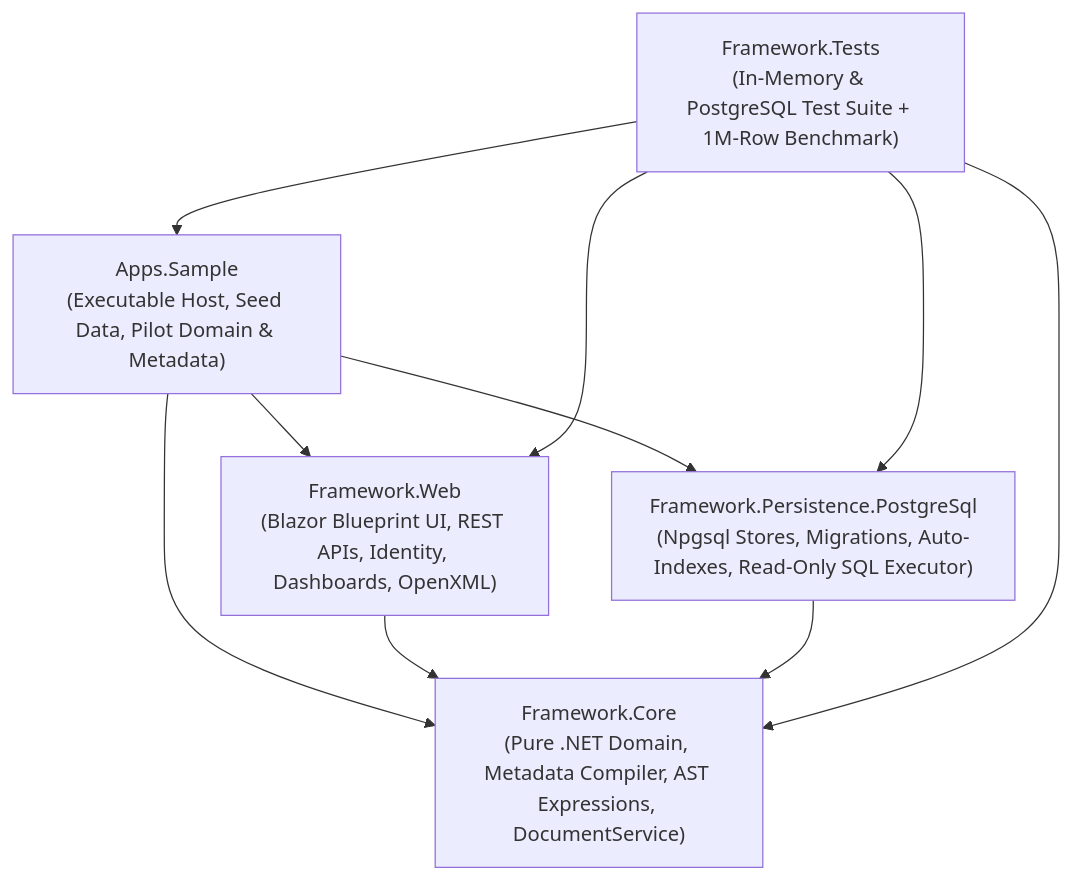
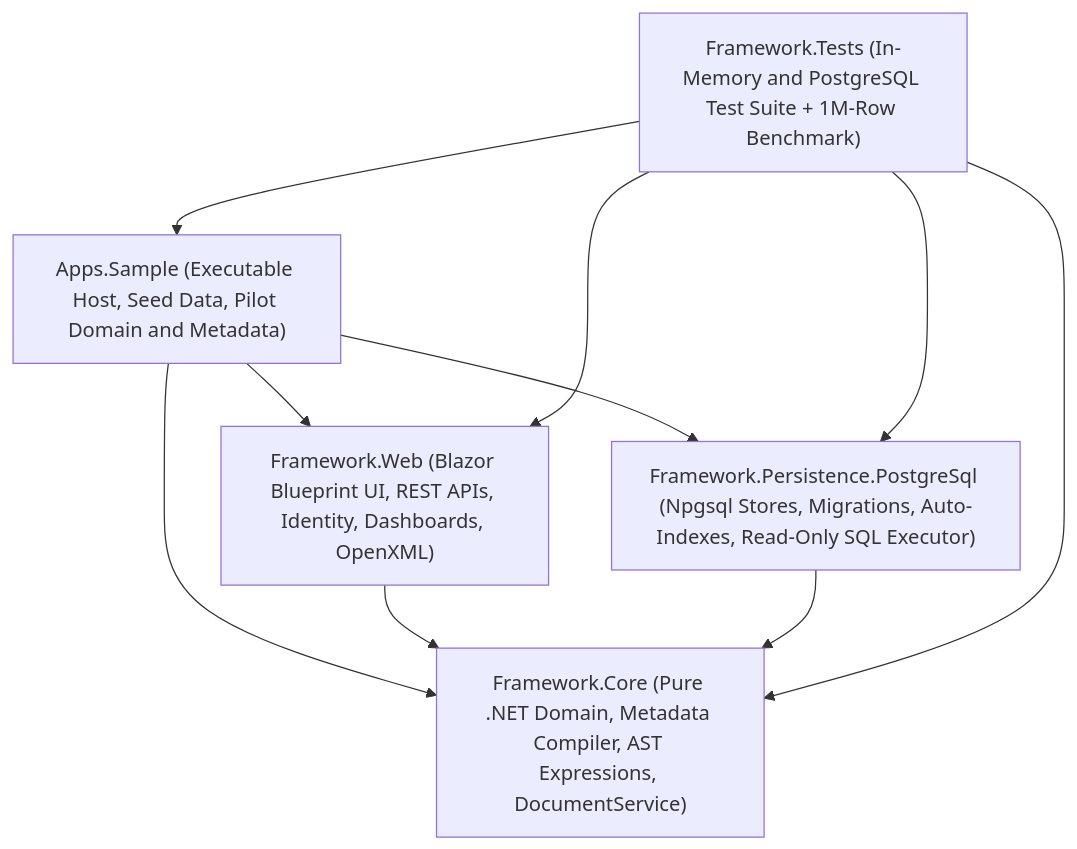
The second of 2 diagrams in docs/PROJECT_STRUCTURE.md (frogframework-admin/frogframe), drawn with Mermaid before and after one commit. The commit also changed other lines of this file and 53 other files, not shown here.

````diff
--- a/docs/PROJECT_STRUCTURE.md
+++ b/docs/PROJECT_STRUCTURE.md
@@ -140,18 +140,18 @@
 ```mermaid
 graph TD
-    Sample["Apps.Sample\n(Executable Host, Seed Data, Pilot Domain & Metadata)"]
-    Web["Framework.Web\n(Blazor Blueprint UI, REST APIs, Identity, Dashboards, OpenXML)"]
-    Pg["Framework.Persistence.PostgreSql\n(Npgsql Stores, Migrations, Auto-Indexes, Read-Only SQL Executor)"]
-    Core["Framework.Core\n(Pure .NET Domain, Metadata Compiler, AST Expressions, DocumentService)"]
-    Tests["Framework.Tests\n(In-Memory & PostgreSQL Test Suite + 1M-Row Benchmark)"]
+    Sample["Apps.Sample (Executable Host, Seed Data, Pilot Domain and Metadata)"]
+    Web["Framework.Web (Blazor Blueprint UI, REST APIs, Identity, Dashboards, OpenXML)"]
+    Pg["Framework.Persistence.PostgreSql (Npgsql Stores, Migrations, Auto-Indexes, Read-Only SQL Executor)"]
+    Core["Framework.Core (Pure .NET Domain, Metadata Compiler, AST Expressions, DocumentService)"]
+    Tests["Framework.Tests (In-Memory and PostgreSQL Test Suite + 1M-Row Benchmark)"]
 
     Sample --> Web
     Sample --> Pg
     Sample --> Core
     Web --> Core
     Pg --> Core
     Tests --> Sample
     Tests --> Web
     Tests --> Pg
     Tests --> Core
 ```
````
